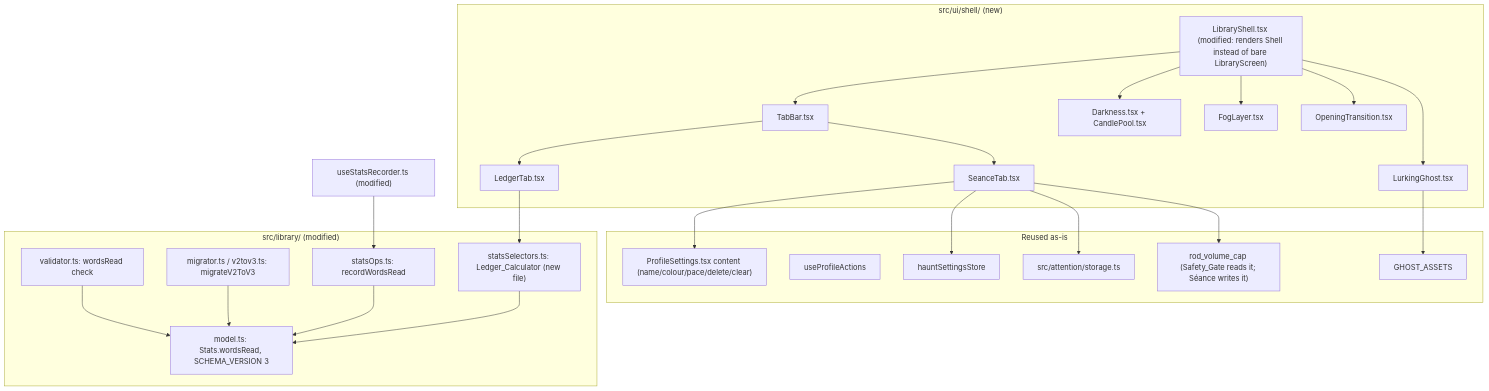
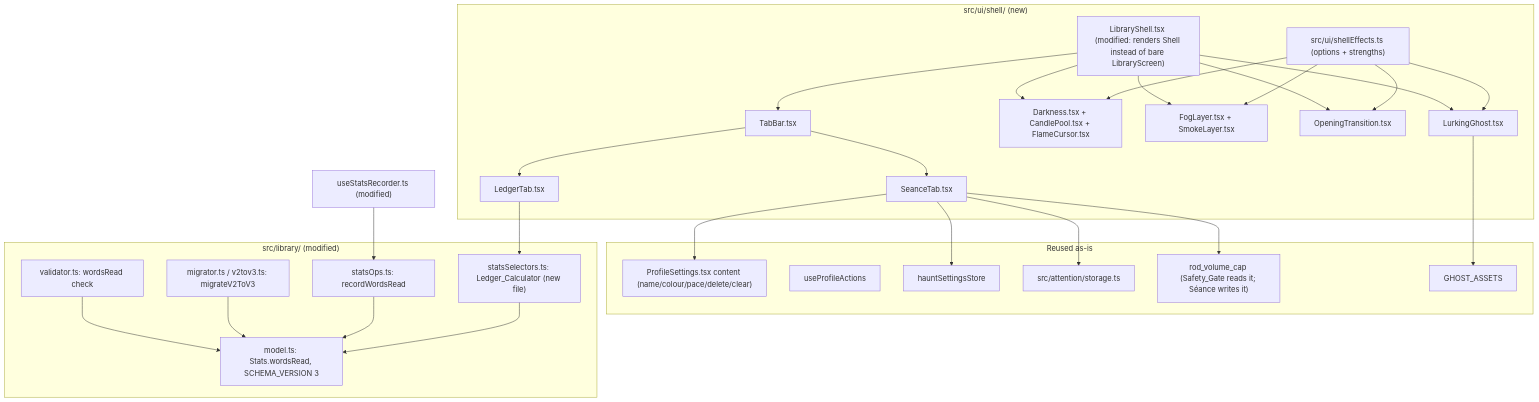
The diagram in .kiro/specs/haunted-shell/design.md (Swati-sankrit/Intermezzo), drawn with Mermaid before and after one commit. The commit also changed other lines of this file and 84 other files, not shown here.

Commit message:
The Ledger: wordsRead and schema v3, focus score, moon phases, pace vs typical readers, daily goal; demo switch

````diff
--- a/.kiro/specs/haunted-shell/design.md
+++ b/.kiro/specs/haunted-shell/design.md
@@ -16,49 +18,54 @@
 ```mermaid
 flowchart TD
     subgraph Shell["src/ui/shell/ (new)"]
         TabBar["TabBar.tsx"]
         LibraryShellNew["LibraryShell.tsx (modified: renders Shell instead of bare LibraryScreen)"]
-        Darkness["Darkness.tsx + CandlePool.tsx"]
-        Fog["FogLayer.tsx"]
+        Effects["src/ui/shellEffects.ts (options + strengths)"]
+        Darkness["Darkness.tsx + CandlePool.tsx + FlameCursor.tsx"]
+        Fog["FogLayer.tsx + SmokeLayer.tsx"]
         Opening["OpeningTransition.tsx"]
         LurkingGhost["LurkingGhost.tsx"]
         LedgerTab["LedgerTab.tsx"]
         SeanceTab["SeanceTab.tsx"]
     end
 
     subgraph Reused["Reused as-is"]
         ProfileSettingsContent["ProfileSettings.tsx content (name/colour/pace/delete/clear)"]
         useProfileActions
         hauntSettingsStore
         AttentionStorage["src/attention/storage.ts"]
         GateVolumeCap["rod_volume_cap (Safety_Gate reads it; Séance writes it)"]
         GhostAssets["GHOST_ASSETS"]
     end
 
     subgraph DataLayer["src/library/ (modified)"]
         Model["model.ts: Stats.wordsRead, SCHEMA_VERSION 3"]
         StatsOps["statsOps.ts: recordWordsRead"]
         Migrator["migrator.ts / v2tov3.ts: migrateV2ToV3"]
         Validator["validator.ts: wordsRead check"]
         Selectors["statsSelectors.ts: Ledger_Calculator (new file)"]
     end
 
     LibraryShellNew --> TabBar
+    Effects --> Darkness
+    Effects --> Fog
+    Effects --> Opening
+    Effects --> LurkingGhost
     LibraryShellNew --> Darkness
     LibraryShellNew --> Fog
     LibraryShellNew --> Opening
     TabBar --> LedgerTab
     TabBar --> SeanceTab
     LibraryShellNew --> LurkingGhost
     LurkingGhost --> GhostAssets
     SeanceTab --> ProfileSettingsContent
     SeanceTab --> hauntSettingsStore
     SeanceTab --> AttentionStorage
     SeanceTab --> GateVolumeCap
     LedgerTab --> Selectors
     Selectors --> Model
     useStatsRecorder["useStatsRecorder.ts (modified)"] --> StatsOps
     StatsOps --> Model
     Migrator --> Model
     Validator --> Model
 ```
````
